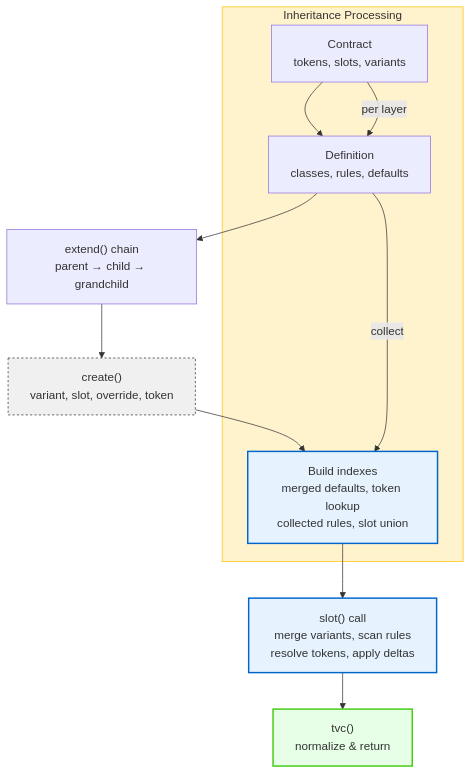
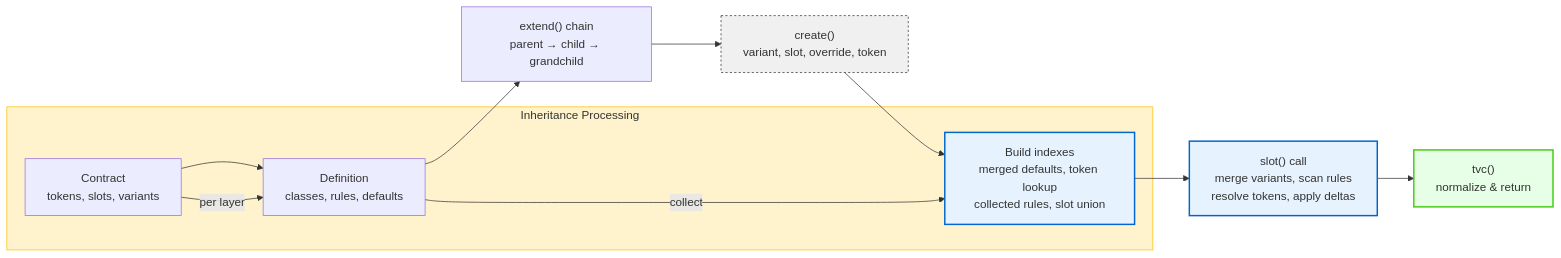
Before and after one commit to use-pico/pico: the diagram in packages/cls/README2.md, drawn with Mermaid.

Commit message:
docs: update resolution flow diagram in README to use left-to-right orientation for improved clarity and understanding of the inheritance process

````diff
--- a/packages/cls/README2.md
+++ b/packages/cls/README2.md
@@ -422,20 +422,20 @@
 ```mermaid
-flowchart TD
+flowchart LR
   A["Contract<br/>tokens, slots, variants"] --> B["Definition<br/>classes, rules, defaults"]
   B --> C["extend() chain<br/>parent → child → grandchild"]
   C --> D["create()<br/>variant, slot, override, token"]
   D --> E["Build indexes<br/>merged defaults, token lookup<br/>collected rules, slot union"]
   E --> F["slot() call<br/>merge variants, scan rules<br/>resolve tokens, apply deltas"]
   F --> G["tvc()<br/>normalize & return"]
 
   subgraph Inheritance["Inheritance Processing"]
     A -->|per layer| B
     B -->|collect| E
   end
 
   style G stroke:#4c1,stroke-width:2px,fill:#e6ffe6
   style F stroke:#06c,stroke-width:2px,fill:#e6f3ff
   style E stroke:#06c,stroke-width:2px,fill:#e6f3ff
   style D stroke:#333,stroke-dasharray: 3 3,fill:#f0f0f0
   style Inheritance fill:#fff3cd,stroke:#ffc107
 ```
````
